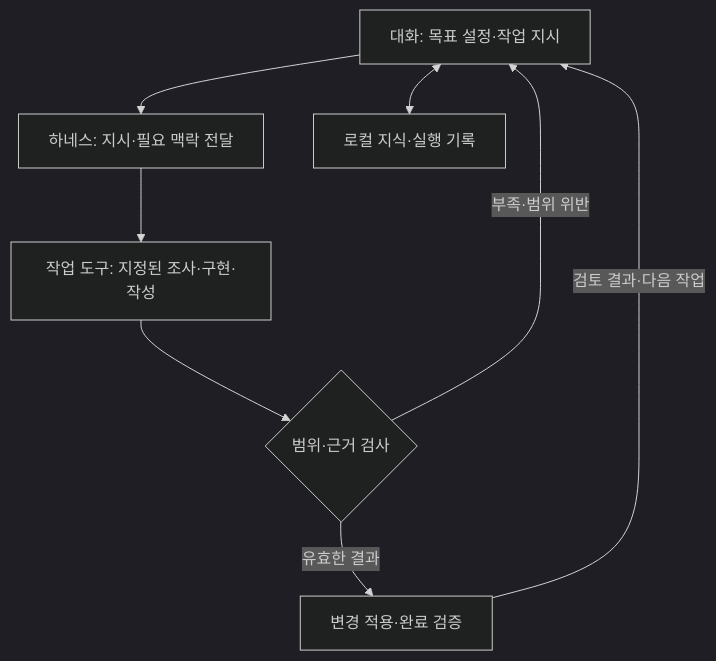
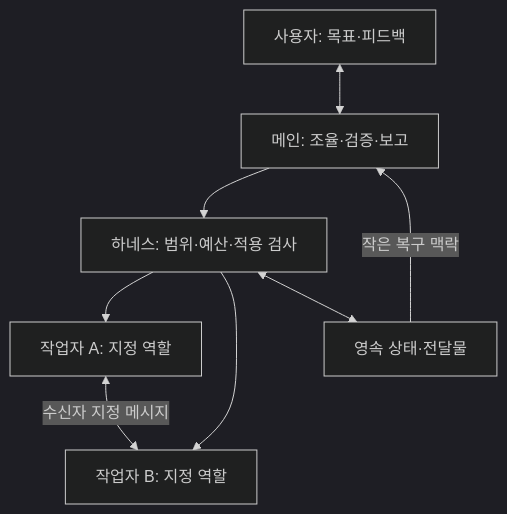
One commit to minjoonchoi/loop-dev changed the diagram in README.md. Above: the diagram before and after it, drawn with Mermaid (dark theme). The commit also changed other lines of this file and 38 other files, not shown here.

````diff
--- a/README.md
+++ b/README.md
@@ -76,10 +77,10 @@
 ```mermaid
 flowchart TD
-    O["대화: 목표 설정·작업 지시"] --> H["하네스: 지시·필요 맥락 전달"]
-    H --> W["작업 도구: 지정된 조사·구현·작성"]
-    W --> V{"범위·근거 검사"}
-    V -- "부족·범위 위반" --> O
-    V -- "유효한 결과" --> G["변경 적용·완료 검증"]
-    G -- "검토 결과·다음 작업" --> O
-    O <--> K["로컬 지식·실행 기록"]
+    U["사용자: 목표·피드백"] <--> O["메인: 조율·검증·보고"]
+    O --> H["하네스: 범위·예산·적용 검사"]
+    H --> A["작업자 A: 지정 역할"]
+    H --> B["작업자 B: 지정 역할"]
+    A <-->|"수신자 지정 메시지"| B
+    H <--> K["영속 상태·전달물"]
+    K -->|"작은 복구 맥락"| O
 ```
````
